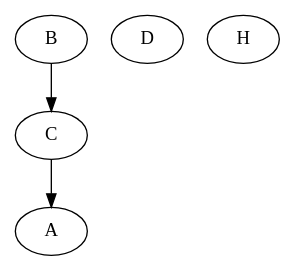
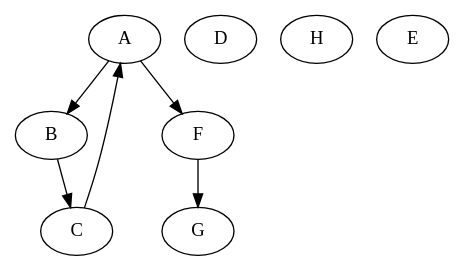
One commit to coleeastman/Graph-Explorer changed the diagram in src/main/resources/output.dot. Above: the diagram before and after it, drawn with Graphviz. The commit also changed 3 other files, not shown here.

```diff
--- a/src/main/resources/output.dot
+++ b/src/main/resources/output.dot
@@ -1,9 +1,15 @@
 digraph G {
   A;
   B;
   C;
   D;
   H;
+  E;
+  F;
+  G;
   B -> C;
   C -> A;
+  A -> F;
+  A -> B;
+  F -> G;
 }
```
